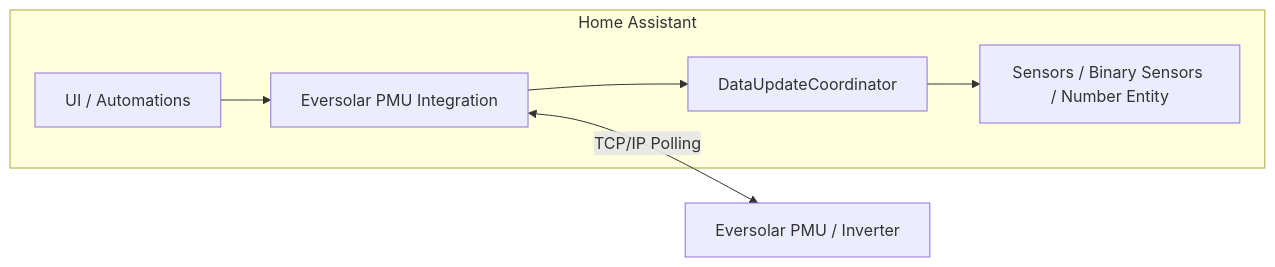
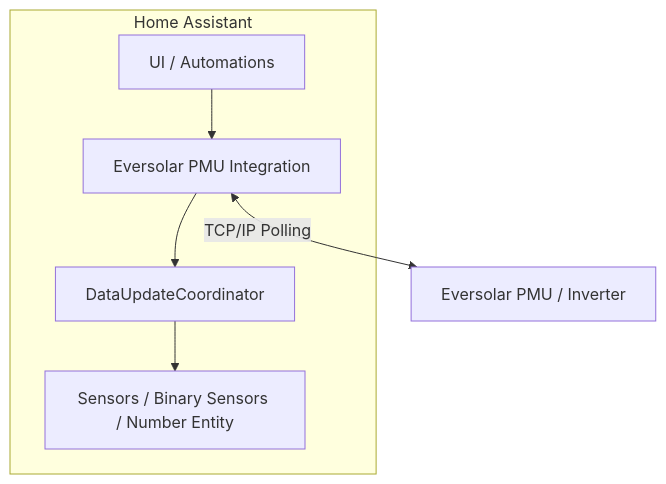
One commit to aburow/eversolar-pmu-ha changed the diagram in README.md. Above: the diagram before and after it, drawn with Mermaid.

Commit message:
docs: make README mermaid flow vertical

````diff
--- a/README.md
+++ b/README.md
@@ -17,16 +17,16 @@
 ```mermaid
-flowchart LR
+flowchart TD
   subgraph HA[Home Assistant]
     UI[UI / Automations]
     INT[Eversolar PMU Integration]
     COORD[DataUpdateCoordinator]
     ENT[Sensors / Binary Sensors / Number Entity]
   end
 
   PMU[Eversolar PMU / Inverter]
 
   UI --> INT
   INT --> COORD
   COORD --> ENT
   INT <-->|TCP/IP Polling| PMU
 ```
````
